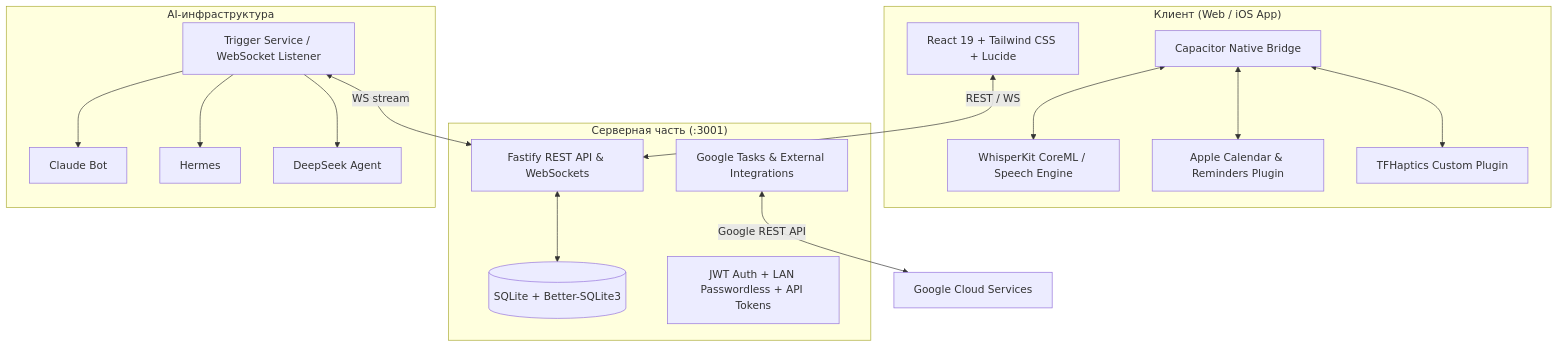
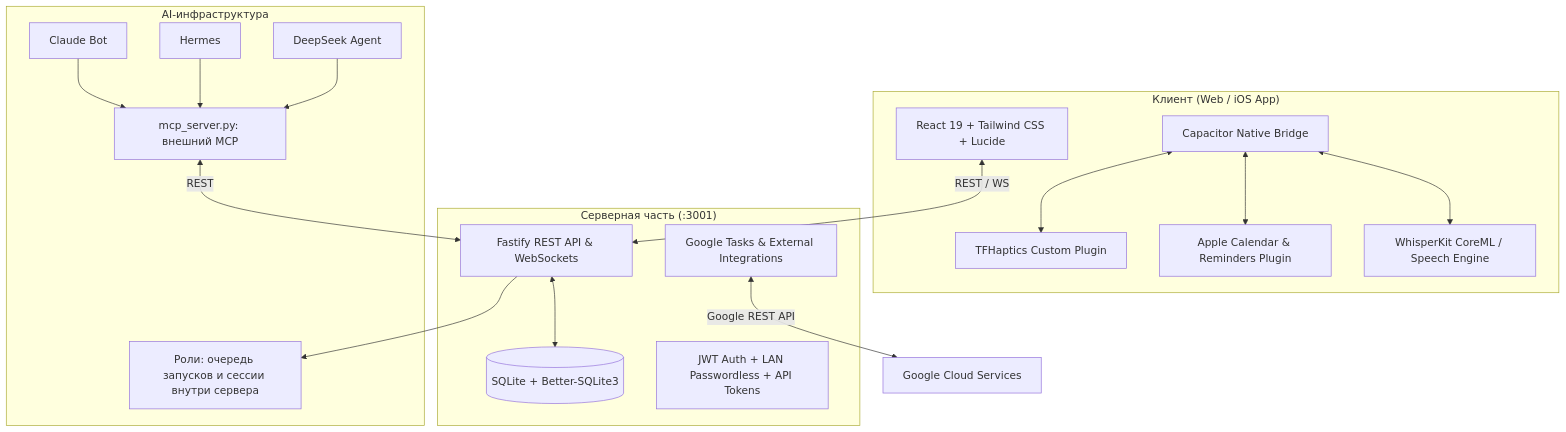
One commit to papirosa3214/New-Todoist changed the diagram in README.md. Above: the diagram before and after it, drawn with Mermaid. The commit also changed other lines of this file and 5 other files, not shown here.

First line of the commit message:
docs: убрать описание схемы trigger.py/токенов ролей, оставить актуальный процесс

````diff
--- a/README.md
+++ b/README.md
@@ -57,35 +57,37 @@
 ```mermaid
 graph TD
     subgraph Client["Клиент (Web / iOS App)"]
         UI[React 19 + Tailwind CSS + Lucide]
         CapacitorBridge[Capacitor Native Bridge]
         LocalAI[WhisperKit CoreML / Speech Engine]
         EventKit[Apple Calendar & Reminders Plugin]
         CoreHaptics[TFHaptics Custom Plugin]
     end
 
     subgraph Server["Серверная часть (:3001)"]
         FastifyServer[Fastify REST API & WebSockets]
         SQLite[(SQLite + Better-SQLite3)]
         AuthEngine[JWT Auth + LAN Passwordless + API Tokens]
         SyncEngine[Google Tasks & External Integrations]
     end
 
     subgraph AIOrchestration["AI-инфраструктура"]
-        TriggerService[Trigger Service / WebSocket Listener]
+        RoleRuntime[Роли: очередь запусков и сессии внутри сервера]
+        MCP[mcp_server.py: внешний MCP]
         AgentClaude[Claude Bot]
         AgentHermes[Hermes]
         AgentDeepSeek[DeepSeek Agent]
     end
 
     UI <-->|REST / WS| FastifyServer
     CapacitorBridge <--> LocalAI
     CapacitorBridge <--> EventKit
     CapacitorBridge <--> CoreHaptics
     FastifyServer <--> SQLite
-    TriggerService <-->|WS stream| FastifyServer
-    TriggerService --> AgentClaude
-    TriggerService --> AgentHermes
-    TriggerService --> AgentDeepSeek
+    FastifyServer --> RoleRuntime
+    MCP <-->|REST| FastifyServer
+    AgentClaude --> MCP
+    AgentHermes --> MCP
+    AgentDeepSeek --> MCP
     SyncEngine <-->|Google REST API| GoogleCloud[Google Cloud Services]
 ```
````
